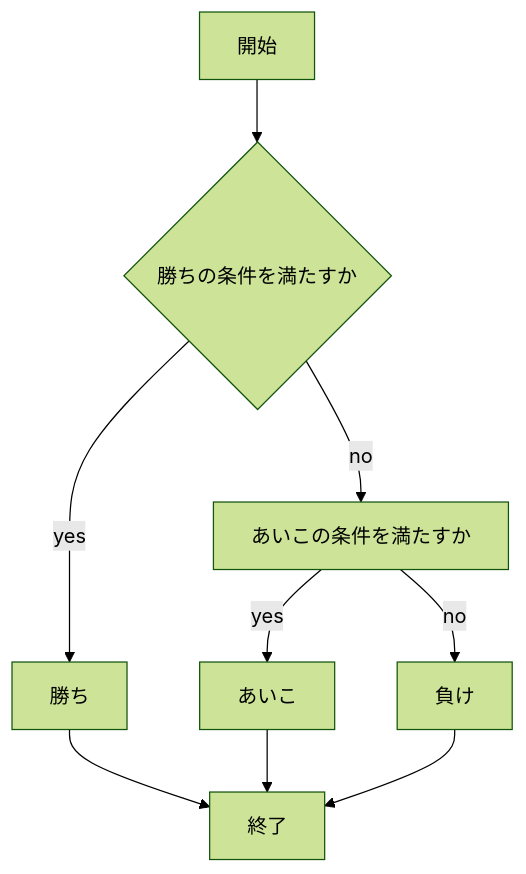
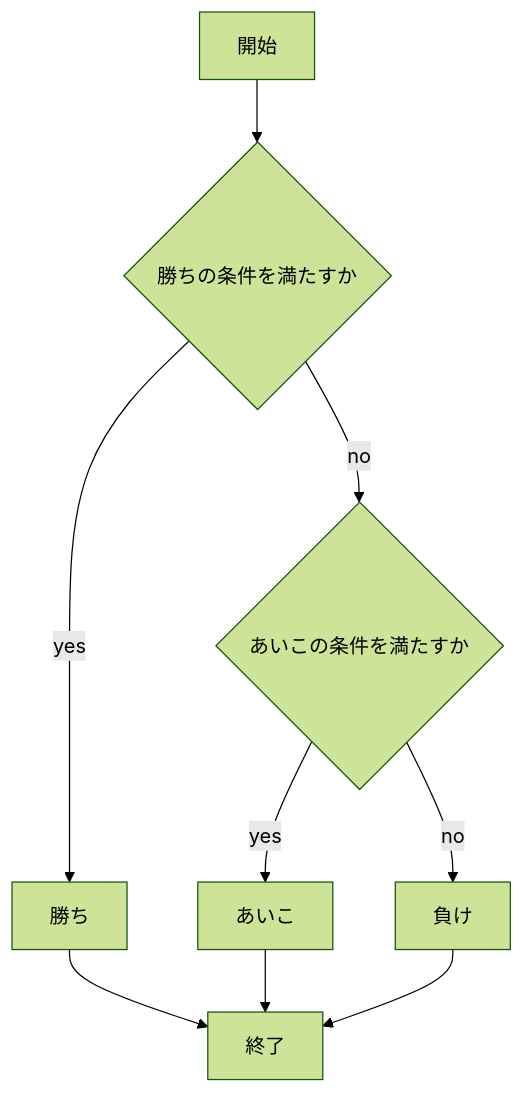
Before and after one commit to Akane1025/webpro_06: the first of 2 diagrams in README.md, drawn with Mermaid (forest theme). The commit also changed other lines of this file and 5 other files, not shown here.

````diff
--- a/README.md
+++ b/README.md
@@ -16,20 +16,20 @@
 ```mermaid
 flowchart TD;
 
 start["開始"];
 end1["終了"]
 if{"勝ちの条件を満たすか"}
 win["勝ち"]
 loose["負け"]
 aiko["あいこ"]
-if2["あいこの条件を満たすか"]
+if2{"あいこの条件を満たすか"}
 
 start --> if
 if -->|yes| win
 win --> end1
 if -->|no| if2
 if2 -->|yes| aiko
 aiko --> end1
 if2 -->|no| loose
 loose --> end1
 ```
````
